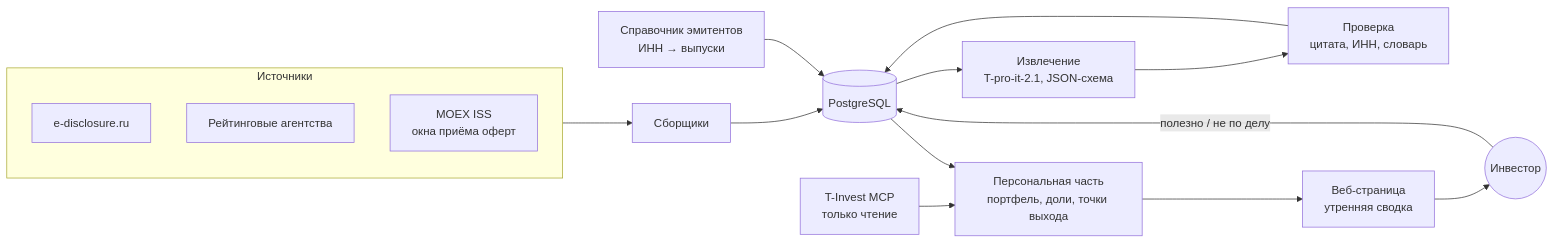
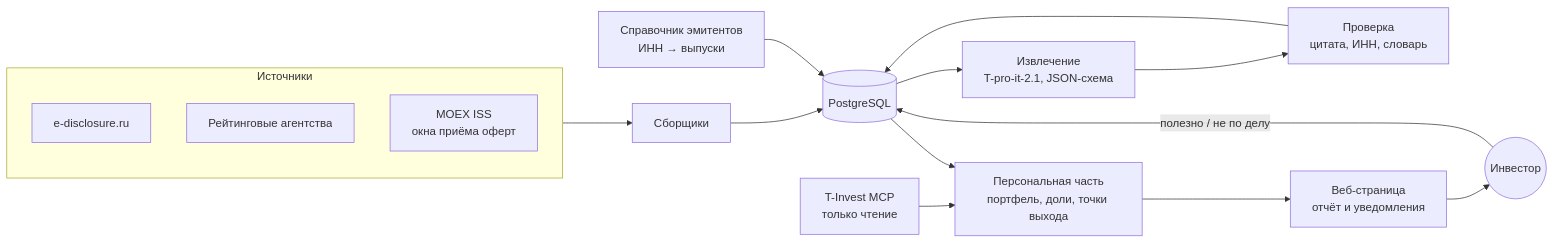
The diagram in README.md (mawarzd/portfolio-event-radar), drawn with Mermaid before and after one commit. The commit also changed other lines of this file and 5 other files, not shown here.

Commit message:
Сегмент «купонный инвестор», формат: тишина, уведомления по событию, еженедельный отчёт; новости в первой версии по итогам проверки

````diff
--- a/README.md
+++ b/README.md
@@ -48,25 +63,25 @@
 ```mermaid
 flowchart LR
     subgraph SRC["Источники"]
         DISC["e-disclosure.ru"]
         RA["Рейтинговые агентства"]
         ISS["MOEX ISS<br/>окна приёма оферт"]
     end
 
     COL["Сборщики"]
     DIR["Справочник эмитентов<br/>ИНН → выпуски"]
     EXT["Извлечение<br/>T-pro-it-2.1, JSON-схема"]
     VER["Проверка<br/>цитата, ИНН, словарь"]
     DB[("PostgreSQL")]
     PERS["Персональная часть<br/>портфель, доли, точки выхода"]
     MCP["T-Invest MCP<br/>только чтение"]
-    UI["Веб-страница<br/>утренняя сводка"]
+    UI["Веб-страница<br/>отчёт и уведомления"]
     USER(("Инвестор"))
 
     SRC --> COL --> DB
     DB --> EXT --> VER --> DB
     DIR --> DB
     MCP --> PERS
     DB --> PERS --> UI --> USER
     USER -->|"полезно / не по делу"| DB
 ```
````
